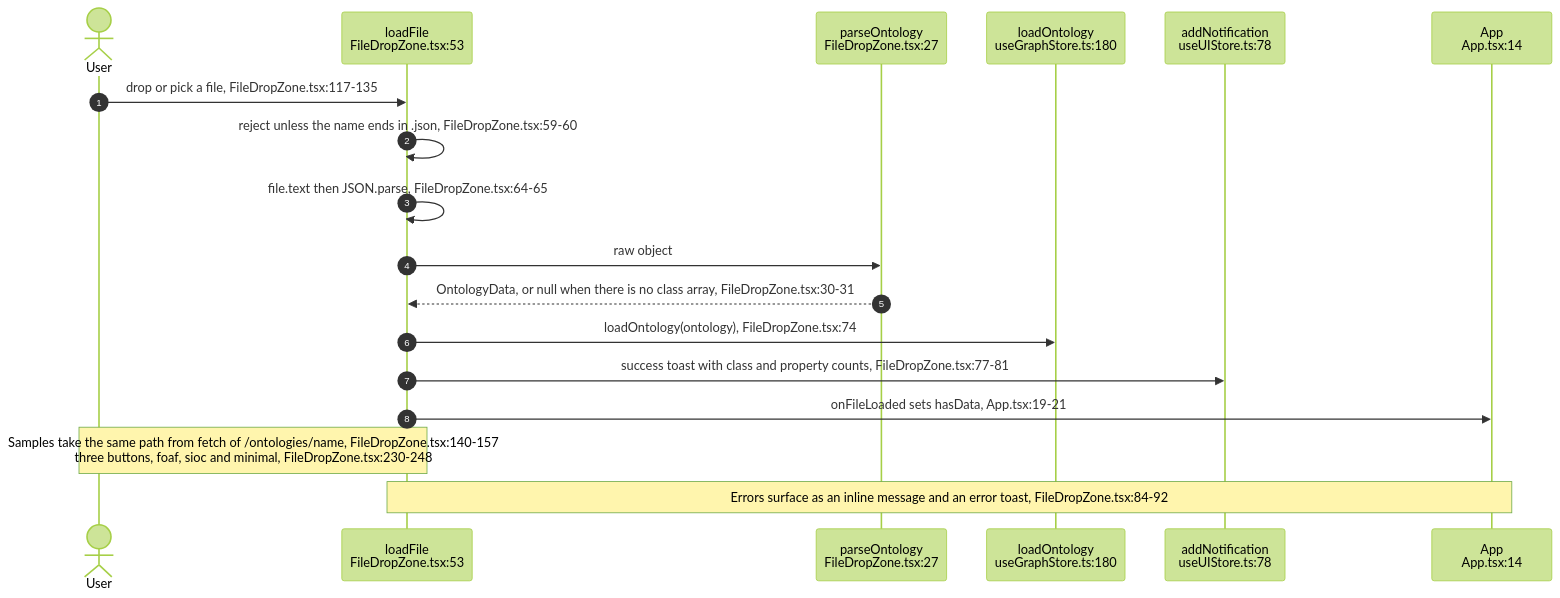
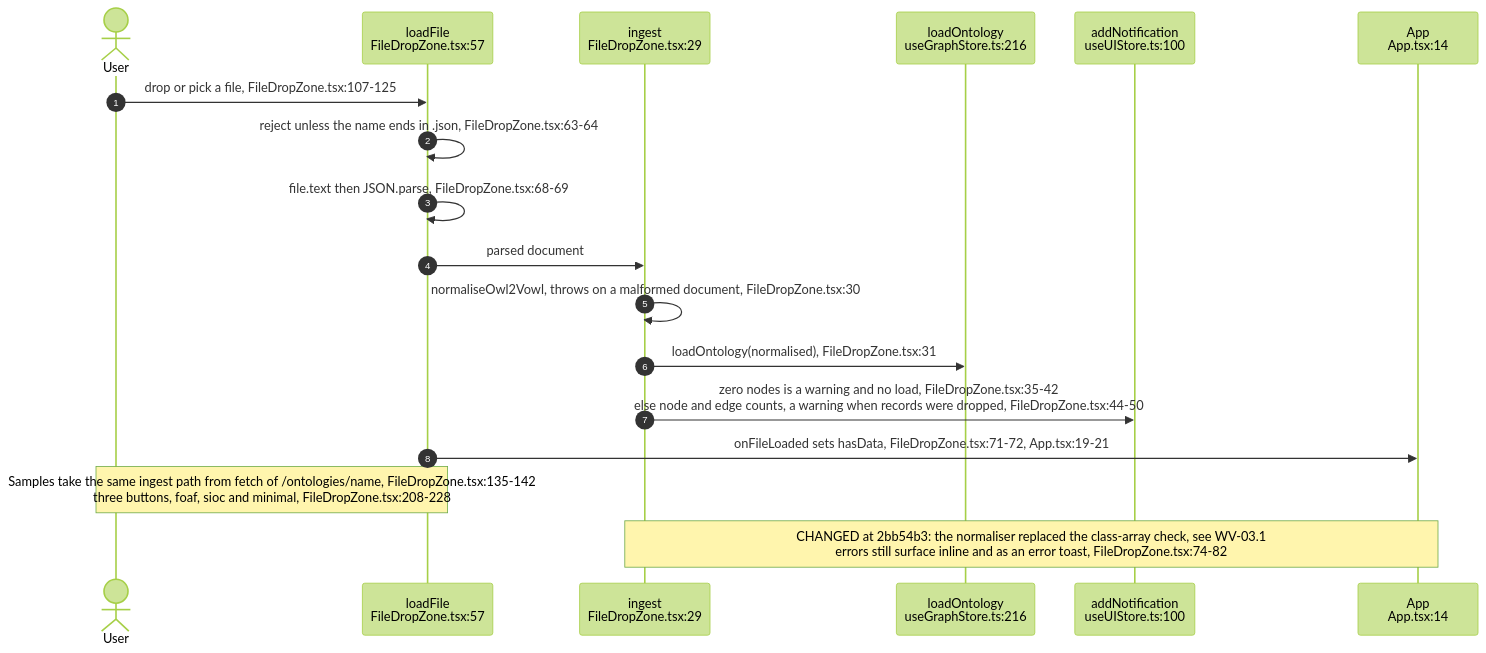
The first of 5 diagrams in docs/diagrams/wasmvowl/02-modern-explorer-runtime.md (DreamLab-AI/VisionFlow), drawn with Mermaid (forest theme) before and after one commit. The commit also changed other lines of this file and 4 other files, not shown here.

First line of the commit message:
docs(diagrams): wasmvowl re-verified at WasmVOWL 2bb54b3 (NggExplorer layout, camera, CI)

````diff
--- a/docs/diagrams/wasmvowl/02-modern-explorer-runtime.md
+++ b/docs/diagrams/wasmvowl/02-modern-explorer-runtime.md
@@ -29,20 +34,20 @@
 ```mermaid
 sequenceDiagram
     autonumber
     actor U as User
-    participant FDZ as loadFile<br/>FileDropZone.tsx:53
-    participant PO as parseOntology<br/>FileDropZone.tsx:27
-    participant GS as loadOntology<br/>useGraphStore.ts:180
-    participant UI as addNotification<br/>useUIStore.ts:78
+    participant FDZ as loadFile<br/>FileDropZone.tsx:57
+    participant IN as ingest<br/>FileDropZone.tsx:29
+    participant GS as loadOntology<br/>useGraphStore.ts:216
+    participant UI as addNotification<br/>useUIStore.ts:100
     participant APP as App<br/>App.tsx:14
-    U->>FDZ: drop or pick a file, FileDropZone.tsx:117-135
-    FDZ->>FDZ: reject unless the name ends in .json, FileDropZone.tsx:59-60
-    FDZ->>FDZ: file.text then JSON.parse, FileDropZone.tsx:64-65
-    FDZ->>PO: raw object
-    PO-->>FDZ: OntologyData, or null when there is no class array, FileDropZone.tsx:30-31
-    FDZ->>GS: loadOntology(ontology), FileDropZone.tsx:74
-    FDZ->>UI: success toast with class and property counts, FileDropZone.tsx:77-81
-    FDZ->>APP: onFileLoaded sets hasData, App.tsx:19-21
-    Note over U,FDZ: Samples take the same path from fetch of /ontologies/name, FileDropZone.tsx:140-157<br/>three buttons, foaf, sioc and minimal, FileDropZone.tsx:230-248
-    Note over FDZ,APP: Errors surface as an inline message and an error toast, FileDropZone.tsx:84-92
+    U->>FDZ: drop or pick a file, FileDropZone.tsx:107-125
+    FDZ->>FDZ: reject unless the name ends in .json, FileDropZone.tsx:63-64
+    FDZ->>FDZ: file.text then JSON.parse, FileDropZone.tsx:68-69
+    FDZ->>IN: parsed document
+    IN->>IN: normaliseOwl2Vowl, throws on a malformed document, FileDropZone.tsx:30
+    IN->>GS: loadOntology(normalised), FileDropZone.tsx:31
+    IN->>UI: zero nodes is a warning and no load, FileDropZone.tsx:35-42<br/>else node and edge counts, a warning when records were dropped, FileDropZone.tsx:44-50
+    FDZ->>APP: onFileLoaded sets hasData, FileDropZone.tsx:71-72, App.tsx:19-21
+    Note over U,FDZ: Samples take the same ingest path from fetch of /ontologies/name, FileDropZone.tsx:135-142<br/>three buttons, foaf, sioc and minimal, FileDropZone.tsx:208-228
+    Note over IN,APP: CHANGED at 2bb54b3: the normaliser replaced the class-array check, see WV-03.1<br/>errors still surface inline and as an error toast, FileDropZone.tsx:74-82
 ```
````
